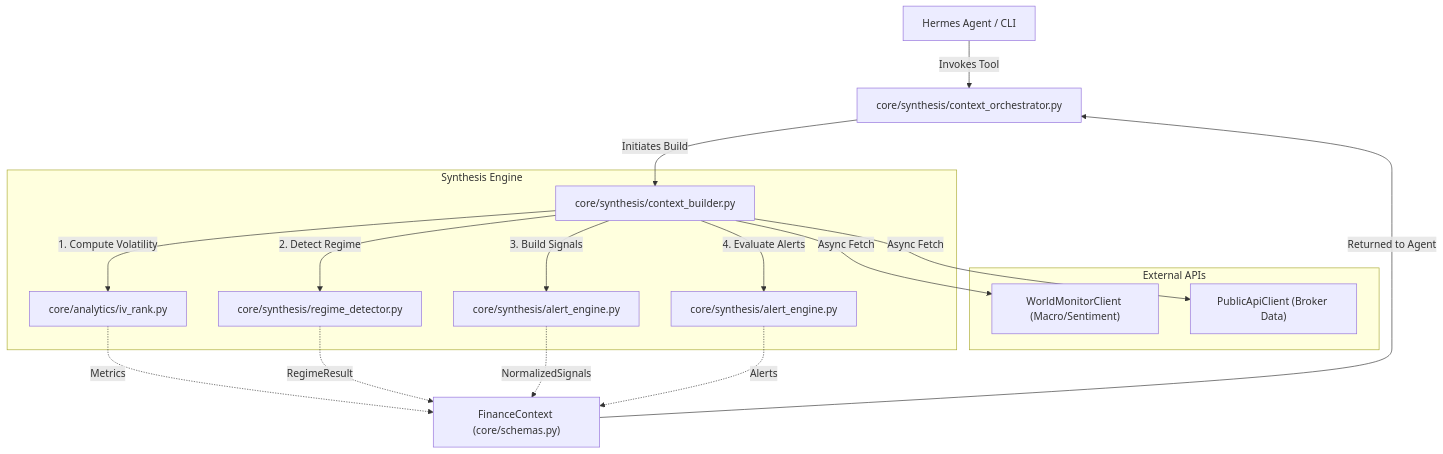
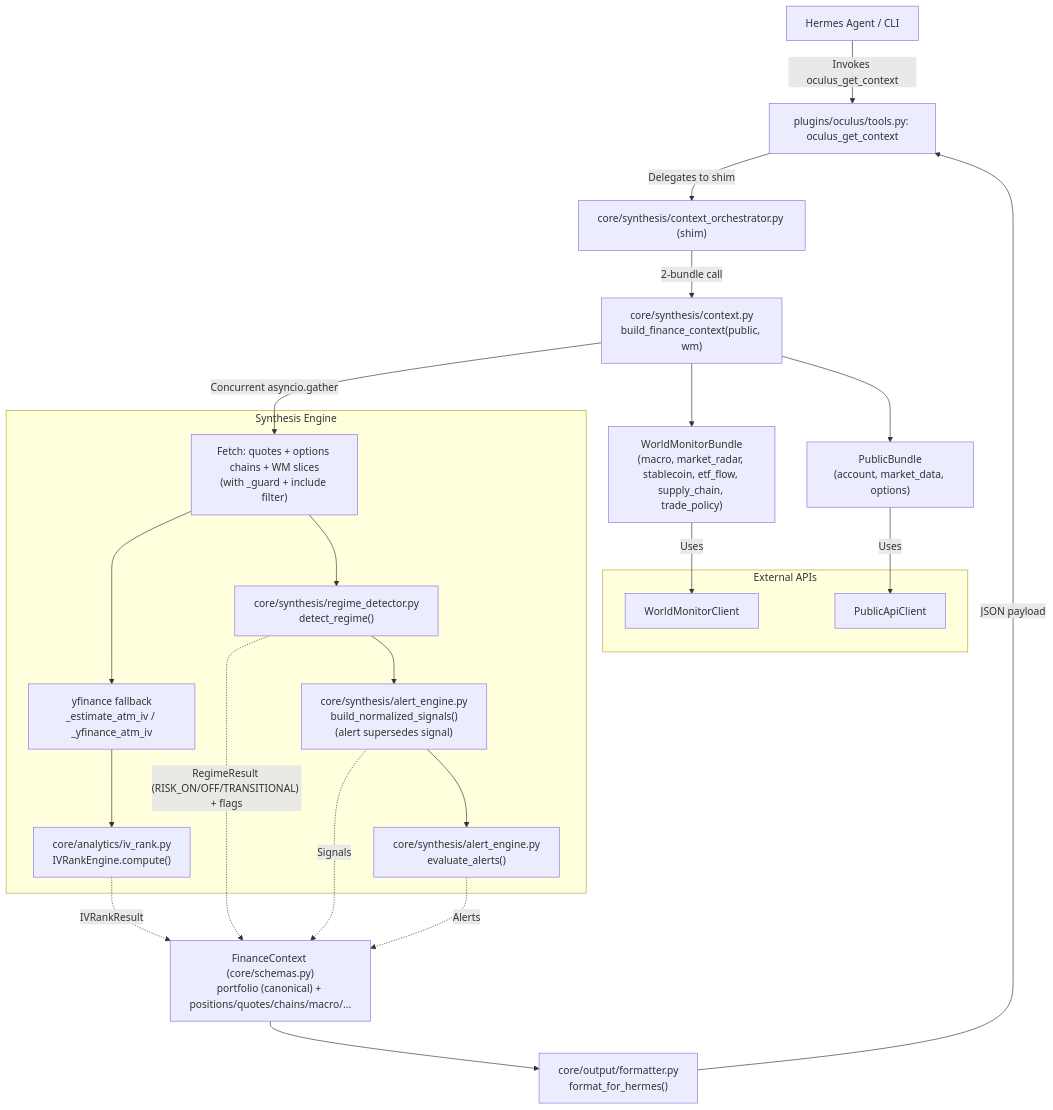
One commit to Of-Arte/Agent-Oculus changed the first of 2 diagrams in README.md. Above: the diagram before and after it, drawn with Mermaid. The commit also changed other lines of this file and 6 other files, not shown here.

````diff
--- a/README.md
+++ b/README.md
@@ -88,33 +89,41 @@
 ```mermaid
 flowchart TD
     %% Triggers
-    Agent["Hermes Agent / CLI"] -->|"Invokes Tool"| ToolSignals["core/synthesis/context_orchestrator.py"]
+    Agent["Hermes Agent / CLI"] -->|"Invokes oculus_get_context"| Tool["plugins/oculus/tools.py: oculus_get_context"]
 
-    %% Context Builder
-    ToolSignals -->|"Initiates Build"| ContextBuilder["core/synthesis/context_builder.py"]
+    Tool -->|"Delegates to shim"| Shim["core/synthesis/context_orchestrator.py (shim)"]
+    Shim -->|"2-bundle call"| Canonical["core/synthesis/context.py\nbuild_finance_context(public, wm)"]
+
+    %% Bundles (Seam)
+    Canonical --> PublicBundle["PublicBundle\n(account, market_data, options)"]
+    Canonical --> WMBundle["WorldMonitorBundle\n(macro, market_radar, stablecoin, etf_flow, supply_chain, trade_policy)"]
 
     %% API Clients
     subgraph External APIs
-        WMClient["WorldMonitorClient (Macro/Sentiment)"]
-        BrokerClient["PublicApiClient (Broker Data)"]
+        WMClient["WorldMonitorClient"]
+        BrokerClient["PublicApiClient"]
     end
 
-    ContextBuilder -->|"Async Fetch"| WMClient
-    ContextBuilder -->|"Async Fetch"| BrokerClient
+    PublicBundle -->|"Uses"| BrokerClient
+    WMBundle -->|"Uses"| WMClient
 
-    %% Synthesis Phase
+    %% Concurrent fetch + synthesis
+    Canonical -->|"Concurrent asyncio.gather"| Fetch["Fetch: quotes + options chains + WM slices\n(with _guard + include filter)"]
+
     subgraph Synthesis Engine
-        ContextBuilder -->|"1. Compute Volatility"| IVEngine["core/analytics/iv_rank.py"]
-        ContextBuilder -->|"2. Detect Regime"| RegimeDetector["core/synthesis/regime_detector.py"]
-        ContextBuilder -->|"3. Build Signals"| SignalNormalizer["core/synthesis/alert_engine.py"]
-        ContextBuilder -->|"4. Evaluate Alerts"| AlertEngine["core/synthesis/alert_engine.py"]
+        Fetch --> IVFetch["yfinance fallback\n_estimate_atm_iv / _yfinance_atm_iv"]
+        IVFetch --> IVEngine["core/analytics/iv_rank.py\nIVRankEngine.compute()"]
+        Fetch --> RegimeDetector["core/synthesis/regime_detector.py\ndetect_regime()"]
+        RegimeDetector --> SignalNormalizer["core/synthesis/alert_engine.py\nbuild_normalized_signals()\n(alert supersedes signal)"]
+        SignalNormalizer --> AlertEngine["core/synthesis/alert_engine.py\nevaluate_alerts()"]
     end
 
     %% Output
-    IVEngine -.->|"Metrics"| FinanceContext["FinanceContext (core/schemas.py)"]
-    RegimeDetector -.->|"RegimeResult"| FinanceContext
-    SignalNormalizer -.->|"NormalizedSignals"| FinanceContext
+    IVEngine -.->|"IVRankResult"| FinanceContext["FinanceContext (core/schemas.py)\nportfolio (canonical) + positions/quotes/chains/macro/..."]
+    RegimeDetector -.->|"RegimeResult (RISK_ON/OFF/TRANSITIONAL) + flags"| FinanceContext
+    SignalNormalizer -.->|"Signals"| FinanceContext
     AlertEngine -.->|"Alerts"| FinanceContext
 
-    FinanceContext -->|"Returned to Agent"| ToolSignals
+    FinanceContext --> Formatter["core/output/formatter.py\nformat_for_hermes()"]
+    Formatter -->|"JSON payload"| Tool
 ```
````
